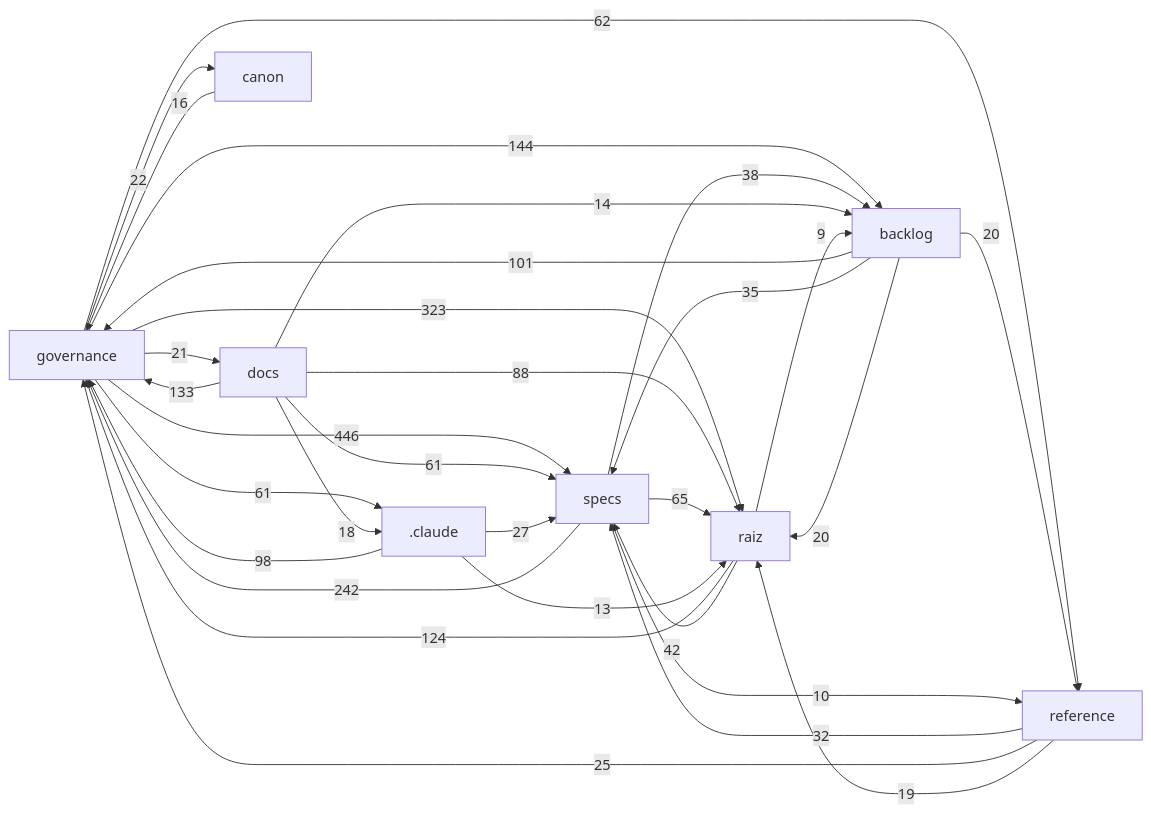
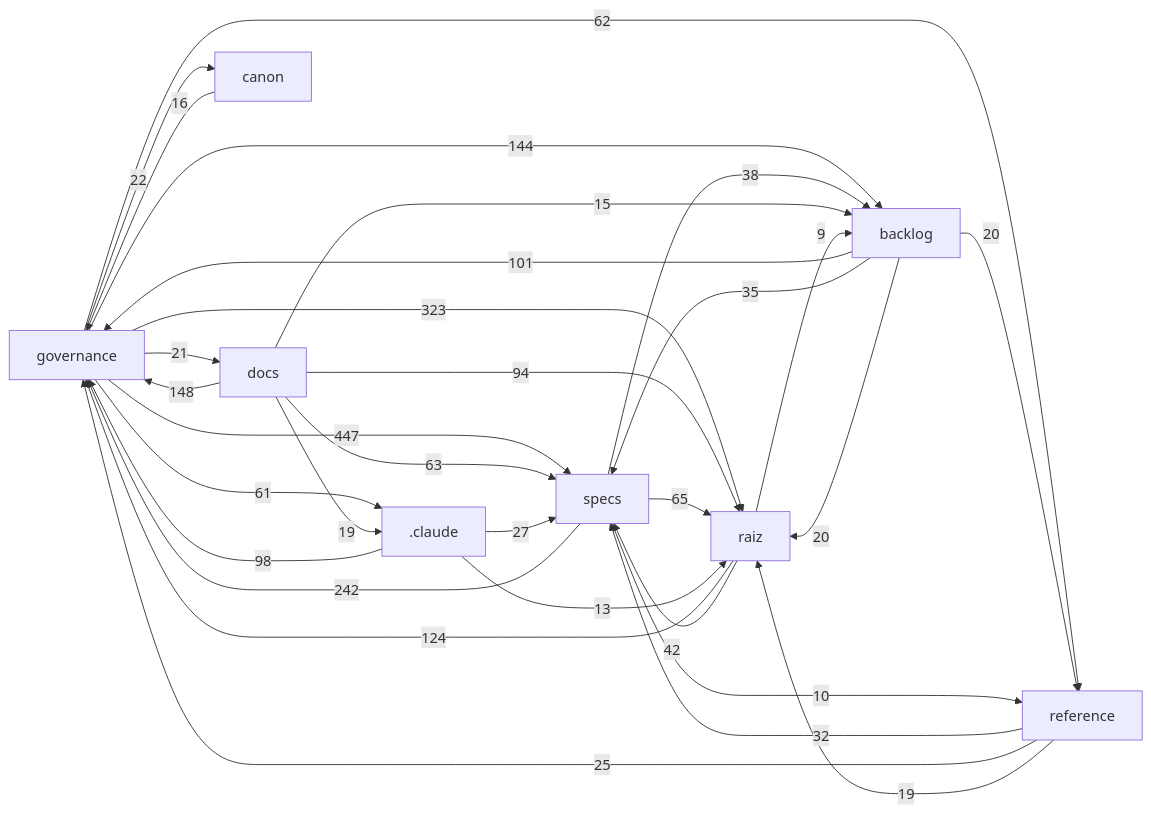
Before and after one commit to Andraus35/Sistema-Operacional-de-Trading--SOT: the diagram in docs/mapa/MAPA-PROJETO.md, drawn with Mermaid. The commit also changed other lines of this file and 4 other files, not shown here.

````diff
--- a/docs/mapa/MAPA-PROJETO.md
+++ b/docs/mapa/MAPA-PROJETO.md
@@ -29,33 +29,33 @@
 ```mermaid
 flowchart LR
-  governance["governance"] -->|446| specs["specs"]
+  governance["governance"] -->|447| specs["specs"]
   governance["governance"] -->|323| raiz["raiz"]
   specs["specs"] -->|242| governance["governance"]
+  docs["docs"] -->|148| governance["governance"]
   governance["governance"] -->|144| backlog["backlog"]
-  docs["docs"] -->|133| governance["governance"]
   raiz["raiz"] -->|124| governance["governance"]
   backlog["backlog"] -->|101| governance["governance"]
   _claude[".claude"] -->|98| governance["governance"]
-  docs["docs"] -->|88| raiz["raiz"]
+  docs["docs"] -->|94| raiz["raiz"]
   specs["specs"] -->|65| raiz["raiz"]
+  docs["docs"] -->|63| specs["specs"]
   governance["governance"] -->|62| reference["reference"]
-  docs["docs"] -->|61| specs["specs"]
   governance["governance"] -->|61| _claude[".claude"]
   raiz["raiz"] -->|42| specs["specs"]
   specs["specs"] -->|38| backlog["backlog"]
   backlog["backlog"] -->|35| specs["specs"]
   reference["reference"] -->|32| specs["specs"]
   _claude[".claude"] -->|27| specs["specs"]
   reference["reference"] -->|25| governance["governance"]
   governance["governance"] -->|22| canon["canon"]
   governance["governance"] -->|21| docs["docs"]
   backlog["backlog"] -->|20| raiz["raiz"]
   backlog["backlog"] -->|20| reference["reference"]
+  docs["docs"] -->|19| _claude[".claude"]
   reference["reference"] -->|19| raiz["raiz"]
-  docs["docs"] -->|18| _claude[".claude"]
   canon["canon"] -->|16| governance["governance"]
-  docs["docs"] -->|14| backlog["backlog"]
+  docs["docs"] -->|15| backlog["backlog"]
   _claude[".claude"] -->|13| raiz["raiz"]
   specs["specs"] -->|10| reference["reference"]
   raiz["raiz"] -->|9| backlog["backlog"]
 ```
````
